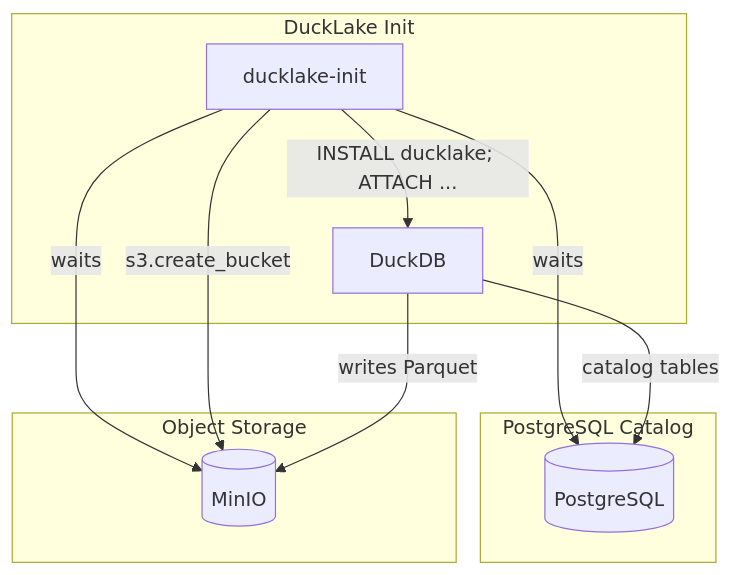
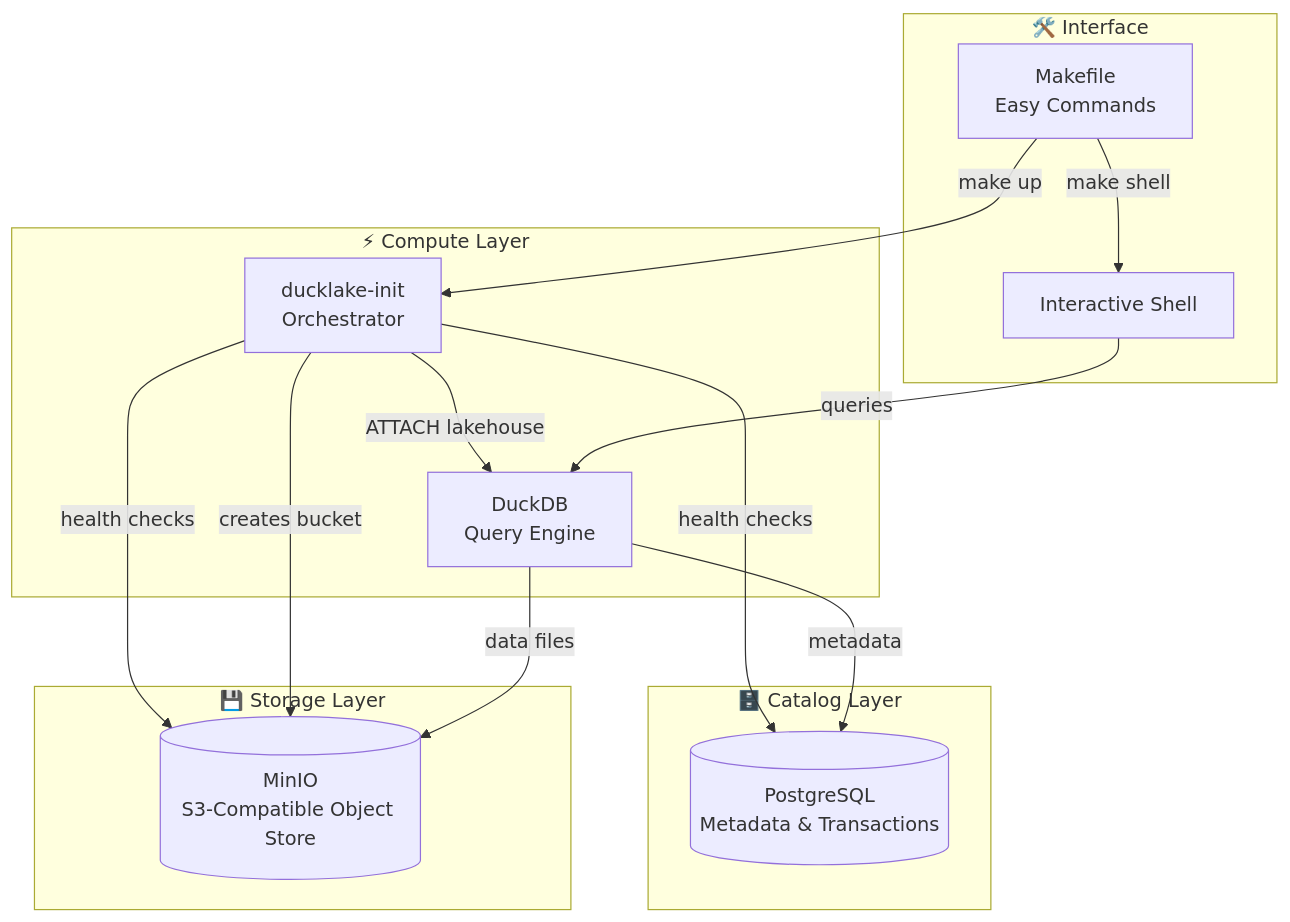
The diagram in README.md (MattOates/quack), drawn with Mermaid before and after one commit. The commit also changed other lines of this file and 4 other files, not shown here.

````diff
--- a/README.md
+++ b/README.md
@@ -33,20 +55,27 @@
 ```mermaid
 flowchart TD
-    subgraph Catalog[PostgreSQL Catalog]
-      PG[(PostgreSQL)]
+    subgraph "🗄️ Catalog Layer"
+      PG[(PostgreSQL<br/>Metadata & Transactions)]
     end
-    subgraph Storage[Object Storage]
-      S3[(MinIO)]
+    subgraph "💾 Storage Layer"
+      S3[(MinIO<br/>S3-Compatible Object Store)]
     end
-    subgraph Compute[DuckLake Init]
-      Init[ducklake-init]
-      DB[DuckDB]
+    subgraph "⚡ Compute Layer"
+      Init[ducklake-init<br/>Orchestrator]
+      DB[DuckDB<br/>Query Engine]
+    end
+    subgraph "🛠️ Interface"
+      Make[Makefile<br/>Easy Commands]
+      Shell[Interactive Shell]
     end
 
-    Init -->|waits| PG
-    Init -->|waits| S3
-    Init -->|s3.create_bucket| S3
-    Init -->|INSTALL ducklake; ATTACH ...| DB
-    DB -->|catalog tables| PG
-    DB -->|writes Parquet| S3
+    Make -->|make shell| Shell
+    Make -->|make up| Init
+    Init -->|health checks| PG
+    Init -->|health checks| S3
+    Init -->|creates bucket| S3
+    Init -->|ATTACH lakehouse| DB
+    DB -->|metadata| PG
+    DB -->|data files| S3
+    Shell -->|queries| DB
 ```
````
